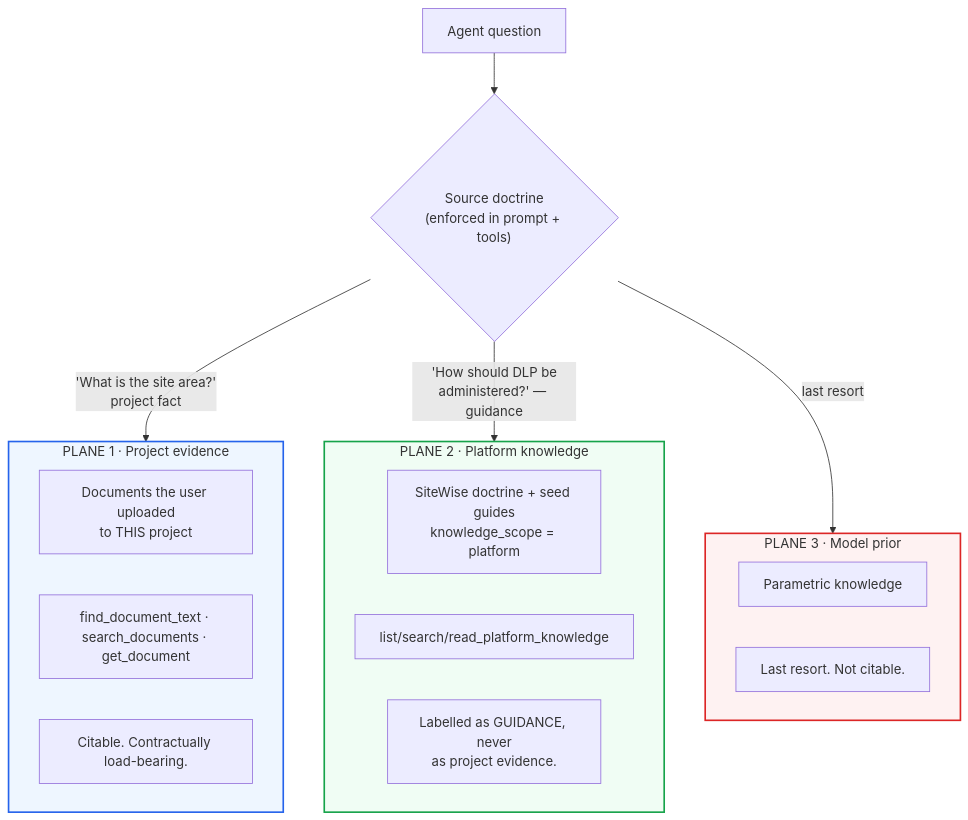
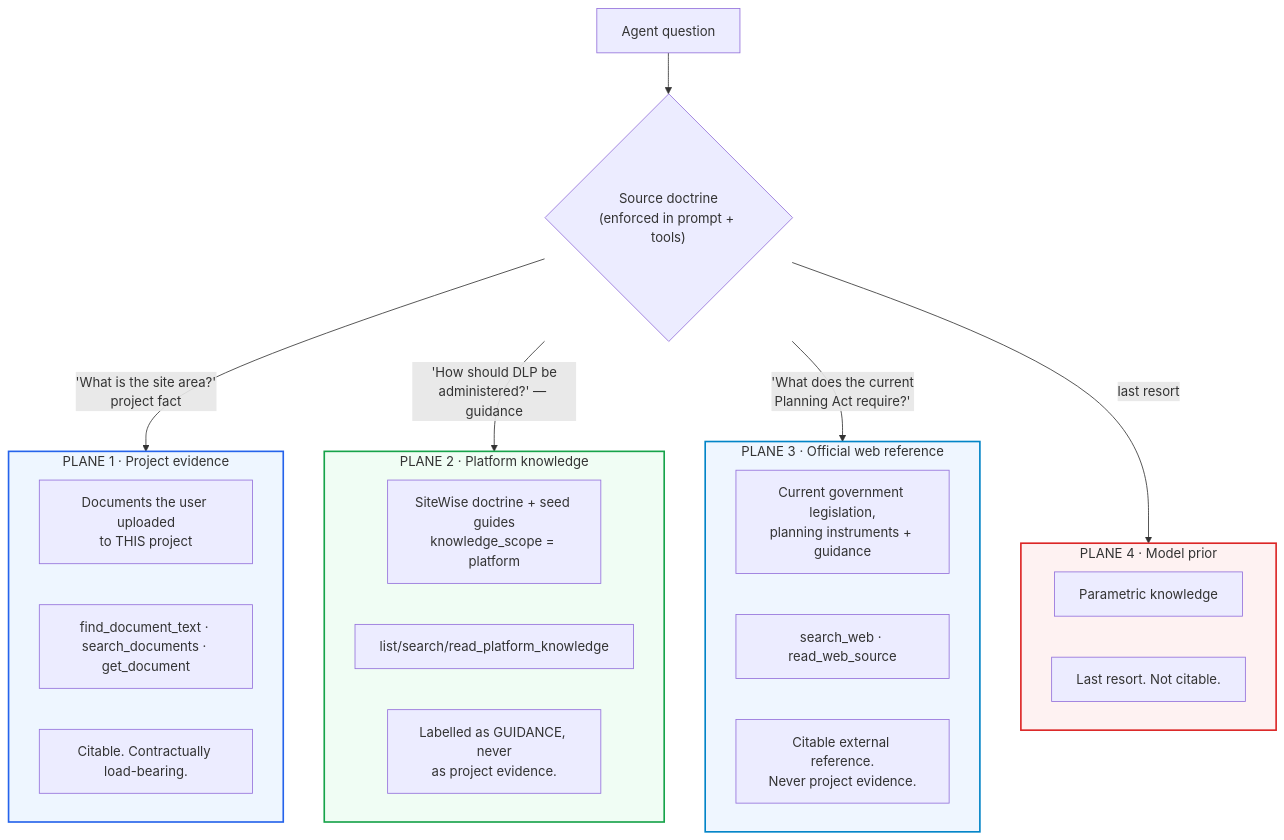
Diagram 11 of 29 in docs/architecture.md (bennyclifton-svg/sitewise), drawn with Mermaid before and after one commit. The commit also changed other lines of this file and 348 other files, not shown here.

````diff
--- a/docs/architecture.md
+++ b/docs/architecture.md
@@ -474,29 +478,37 @@
 ```mermaid
 flowchart TB
     q["Agent question"] --> route{"Source doctrine<br/>(enforced in prompt + tools)"}
 
     route -->|"'What is the site area?'<br/>project fact"| pe
     route -->|"'How should DLP be<br/>administered?' — guidance"| pk
+    route -->|"'What does the current<br/>Planning Act require?'"| wr
     route -->|last resort| mp
 
     subgraph pe["PLANE 1 · Project evidence"]
         pe1["Documents the user uploaded<br/>to THIS project"]
         pe2["find_document_text · search_documents · get_document"]
         pe3["Citable. Contractually load-bearing."]
     end
 
     subgraph pk["PLANE 2 · Platform knowledge"]
         pk1["SiteWise doctrine + seed guides<br/>knowledge_scope = platform"]
         pk2["list/search/read_platform_knowledge"]
         pk3["Labelled as GUIDANCE, never<br/>as project evidence."]
     end
 
-    subgraph mp["PLANE 3 · Model prior"]
+    subgraph wr["PLANE 3 · Official web reference"]
+        wr1["Current government legislation,<br/>planning instruments + guidance"]
+        wr2["search_web · read_web_source"]
+        wr3["Citable external reference.<br/>Never project evidence."]
+    end
+
+    subgraph mp["PLANE 4 · Model prior"]
         mp1["Parametric knowledge"]
         mp2["Last resort. Not citable."]
     end
 
     style pe fill:#eef6ff,stroke:#2563eb,stroke-width:2px
     style pk fill:#f0fdf4,stroke:#16a34a,stroke-width:2px
+    style wr fill:#eff6ff,stroke:#0284c7,stroke-width:2px
     style mp fill:#fef2f2,stroke:#dc2626,stroke-width:2px
 ```
````
